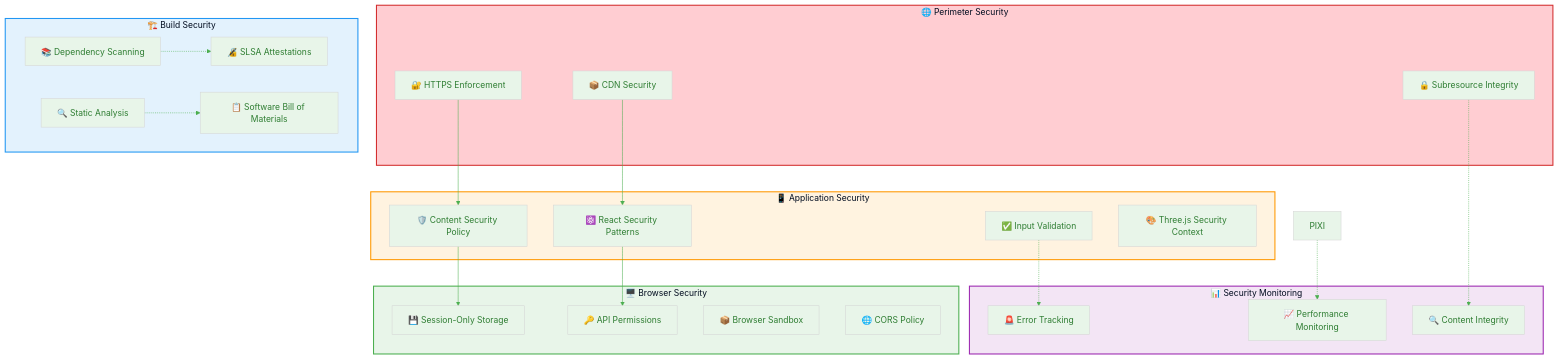
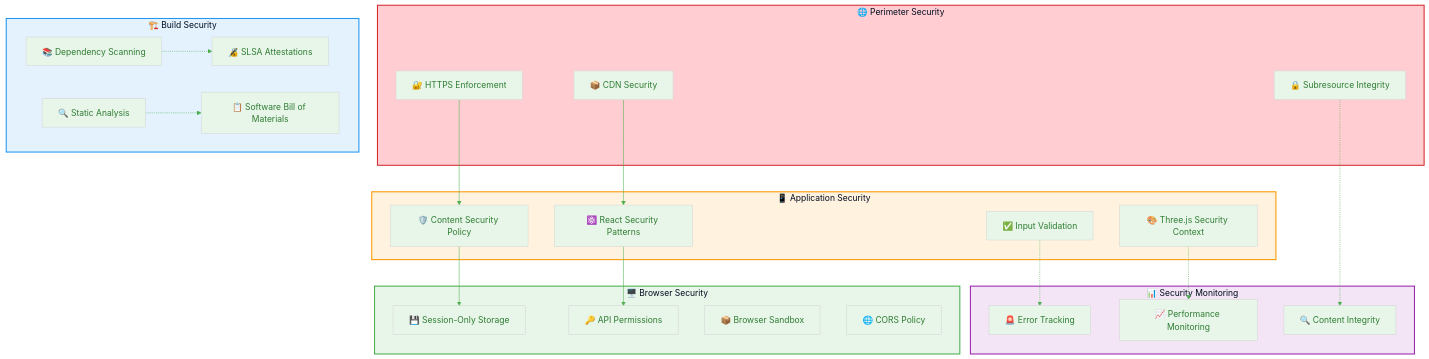
The fifth of 7 diagrams in THREAT_MODEL.md (Hack23/blacktrigram), drawn with Mermaid before and after one commit. The commit also changed 22 other files, not shown here.

First line of the commit message:
refactor: update documentation and code for transition from PixiJS to Three.js

````diff
--- a/THREAT_MODEL.md
+++ b/THREAT_MODEL.md
@@ -441,65 +441,65 @@
 ```mermaid
 %%{
   init: {
     'theme': 'base',
     'themeVariables': {
       'primaryColor': '#e8f5e9',
       'primaryTextColor': '#2e7d32',
       'lineColor': '#4caf50',
       'secondaryColor': '#e3f2fd',
       'tertiaryColor': '#fff3e0'
     }
   }
 }%%
 flowchart TB
     subgraph PERIMETER["🌐 Perimeter Security"]
         HTTPS[🔐 HTTPS Enforcement]
         CDN[📦 CDN Security]
         SRI[🔒 Subresource Integrity]
     end
 
     subgraph APPLICATION["📱 Application Security"]
         CSP[🛡️ Content Security Policy]
         REACT[⚛️ React Security Patterns]
         INPUT[✅ Input Validation]
         THREE[🎨 Three.js Security Context]
     end
 
     subgraph BROWSER["🖥️ Browser Security"]
         STORAGE[💾 Session-Only Storage]
         PERMISSIONS[🔑 API Permissions]
         SANDBOX[📦 Browser Sandbox]
         CORS[🌐 CORS Policy]
     end
 
     subgraph PIPELINE["🏗️ Build Security"]
         DEPS[📚 Dependency Scanning]
         SLSA[🔏 SLSA Attestations]
         SAST[🔍 Static Analysis]
         SBOM[📋 Software Bill of Materials]
     end
 
     subgraph MONITORING["📊 Security Monitoring"]
         PERFORMANCE[📈 Performance Monitoring]
         ERRORS[🚨 Error Tracking]
         INTEGRITY[🔍 Content Integrity]
     end
 
     HTTPS --> CSP
     CDN --> REACT
     CSP --> STORAGE
     REACT --> PERMISSIONS
 
     SRI -.-> INTEGRITY
     INPUT -.-> ERRORS
-    PIXI -.-> PERFORMANCE
+    THREE -.-> PERFORMANCE
 
     DEPS -.-> SLSA
     SAST -.-> SBOM
 
     style PERIMETER fill:#ffcdd2,stroke:#d32f2f,stroke-width:2px
     style APPLICATION fill:#fff3e0,stroke:#ff9800,stroke-width:2px
     style BROWSER fill:#e8f5e9,stroke:#4caf50,stroke-width:2px
     style PIPELINE fill:#e3f2fd,stroke:#2196f3,stroke-width:2px
     style MONITORING fill:#f3e5f5,stroke:#9c27b0,stroke-width:2px
 ```
````
